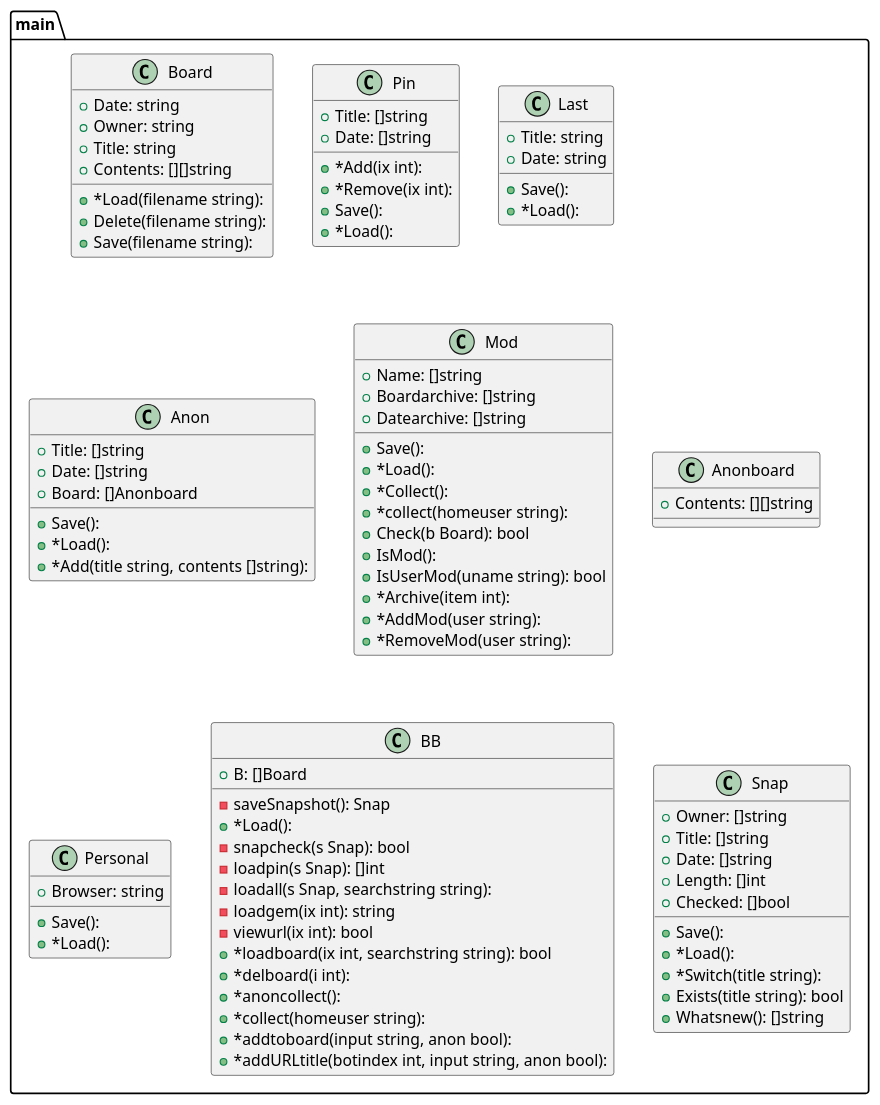
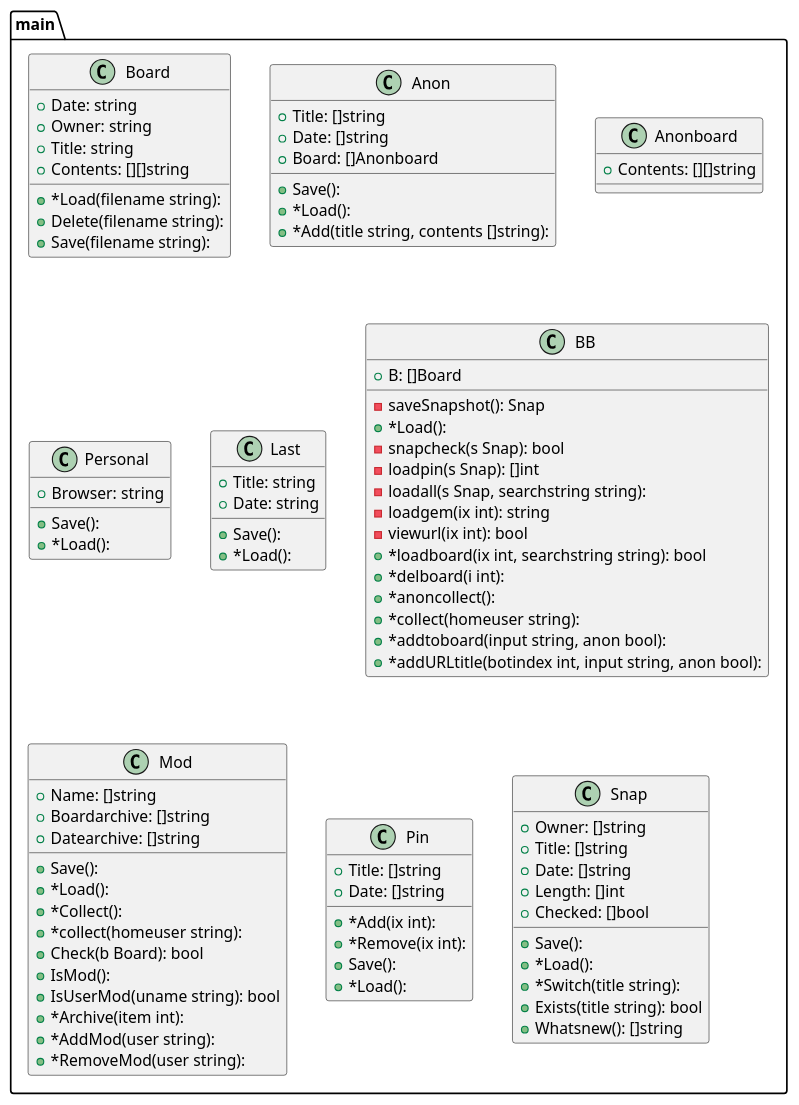
One commit to tbal999/bb changed the diagram in graph.puml. Above: the diagram before and after it, drawn with PlantUML. The commit also changed other lines of this file and 1 other file, not shown here.

```diff
--- a/graph.puml
+++ b/graph.puml
@@ -1,104 +1,104 @@
 @startuml
 package ...main{
 class Board {
 +Date: string
 +Owner: string
 +Title: string
 +Contents: [][]string
 +*Load(filename string): 
 +Delete(filename string): 
 +Save(filename string): 
 }
 }
 package ...main{
-class Pin {
-+Title: []string
-+Date: []string
-+*Add(ix int): 
-+*Remove(ix int): 
-+Save(): 
-+*Load(): 
-}
-}
-package ...main{
-class Last {
-+Title: string
-+Date: string
-+Save(): 
-+*Load(): 
-}
-}
-package ...main{
 class Anon {
 +Title: []string
 +Date: []string
 +Board: []Anonboard
 +Save(): 
 +*Load(): 
 +*Add(title string, contents []string): 
-}
-}
-package ...main{
-class Mod {
-+Name: []string
-+Boardarchive: []string
-+Datearchive: []string
-+Save(): 
-+*Load(): 
-+*Collect(): 
-+*collect(homeuser string): 
-+Check(b Board): bool
-+IsMod(): 
-+IsUserMod(uname string): bool
-+*Archive(item int): 
-+*AddMod(user string): 
-+*RemoveMod(user string): 
 }
 }
 package ...main{
 class Anonboard {
 +Contents: [][]string
 
 }
 }
 package ...main{
 class Personal {
 +Browser: string
++Save(): 
++*Load(): 
+}
+}
+package ...main{
+class Last {
++Title: string
++Date: string
 +Save(): 
 +*Load(): 
 }
 }
 package ...main{
 class BB {
 +B: []Board
 -saveSnapshot(): Snap
 +*Load(): 
 -snapcheck(s Snap): bool
 -loadpin(s Snap): []int
 -loadall(s Snap, searchstring string): 
 -loadgem(ix int): string
 -viewurl(ix int): bool
 +*loadboard(ix int, searchstring string): bool
 +*delboard(i int): 
 +*anoncollect(): 
 +*collect(homeuser string): 
 +*addtoboard(input string, anon bool): 
 +*addURLtitle(botindex int, input string, anon bool): 
 }
 }
 package ...main{
+class Mod {
++Name: []string
++Boardarchive: []string
++Datearchive: []string
++Save(): 
++*Load(): 
++*Collect(): 
++*collect(homeuser string): 
++Check(b Board): bool
++IsMod(): 
++IsUserMod(uname string): bool
++*Archive(item int): 
++*AddMod(user string): 
++*RemoveMod(user string): 
+}
+}
+package ...main{
+class Pin {
++Title: []string
++Date: []string
++*Add(ix int): 
++*Remove(ix int): 
++Save(): 
++*Load(): 
+}
+}
+package ...main{
 class Snap {
 +Owner: []string
 +Title: []string
 +Date: []string
 +Length: []int
 +Checked: []bool
 +Save(): 
 +*Load(): 
 +*Switch(title string): 
 +Exists(title string): bool
 +Whatsnew(): []string
 }
 }
 
 @enduml
```
